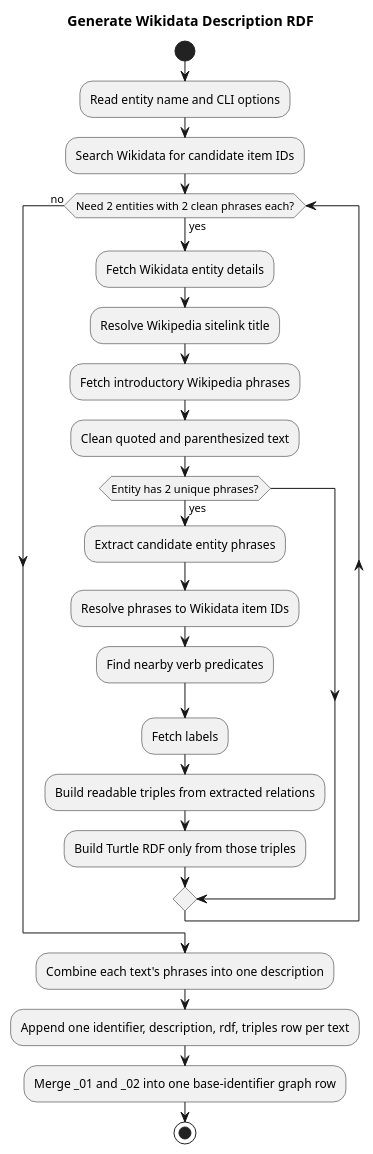
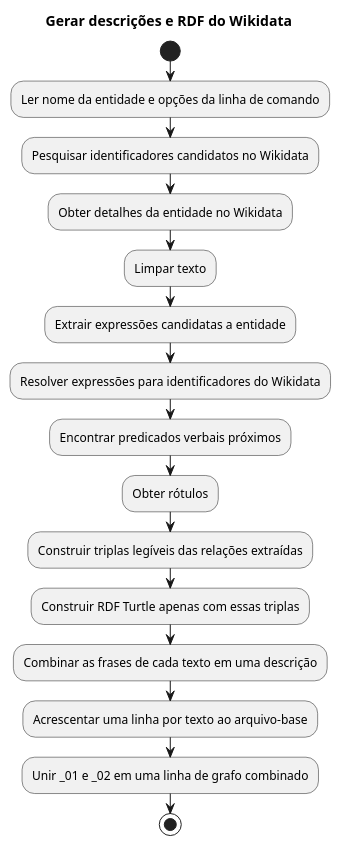
The diagram in generate/docs/generate_flow.puml (giovannabbottino/kg-dataset), drawn with PlantUML before and after one commit. The commit also changed 3 other files, not shown here.

Commit message:
add exploratory analysis and update flow diagrams

```diff
--- a/generate/docs/generate_flow.puml
+++ b/generate/docs/generate_flow.puml
@@ -1,28 +1,21 @@
 @startuml
-title Generate Wikidata Description RDF
+title Gerar descrições e RDF do Wikidata
 
 start
-:Read entity name and CLI options;
-:Search Wikidata for candidate item IDs;
+:Ler nome da entidade e opções da linha de comando;
+:Pesquisar identificadores candidatos no Wikidata;
 
-while (Need 2 entities with 2 clean phrases each?) is (yes)
-  :Fetch Wikidata entity details;
-  :Resolve Wikipedia sitelink title;
-  :Fetch introductory Wikipedia phrases;
-  :Clean quoted and parenthesized text;
+:Obter detalhes da entidade no Wikidata;
+:Limpar texto;
+:Extrair expressões candidatas a entidade;
+:Resolver expressões para identificadores do Wikidata;
+:Encontrar predicados verbais próximos;
+:Obter rótulos;
+:Construir triplas legíveis das relações extraídas;
+:Construir RDF Turtle apenas com essas triplas;
 
-  if (Entity has 2 unique phrases?) then (yes)
-    :Extract candidate entity phrases;
-    :Resolve phrases to Wikidata item IDs;
-    :Find nearby verb predicates;
-    :Fetch labels;
-    :Build readable triples from extracted relations;
-    :Build Turtle RDF only from those triples;
-  endif
-endwhile (no)
-
-:Combine each text's phrases into one description;
-:Append one identifier, description, rdf, triples row per text;
-:Merge _01 and _02 into one base-identifier graph row;
+:Combinar as frases de cada texto em uma descrição;
+:Acrescentar uma linha por texto ao arquivo-base;
+:Unir _01 e _02 em uma linha de grafo combinado;
 stop
 @enduml
```
